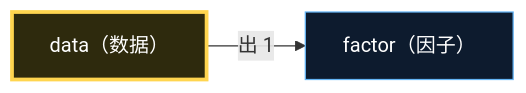
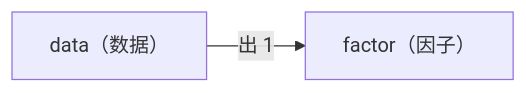
Before and after one commit to xuanFelixVan/ZephyrAlpha: the second of 2 diagrams in docs/02_enterprise_architecture/06_decision_architecture/06_decision_l2a_data.md, drawn with Mermaid. The commit also changed other lines of this file and 23 other files, not shown here.

First line of the commit message:
style(decision-diagram): 移除所有 mermaid classDef，照搬 application_flows.md 纯默认主题

````diff
--- a/docs/02_enterprise_architecture/06_decision_architecture/06_decision_l2a_data.md
+++ b/docs/02_enterprise_architecture/06_decision_architecture/06_decision_l2a_data.md
@@ -83,9 +77,6 @@
 ```mermaid
 flowchart LR
-    SELF["data（数据）"]:::selfDomain
-    EXT_factor["factor（因子）"]:::extDomain
+    SELF["data（数据）"]
+    EXT_factor["factor（因子）"]
     SELF -->|出 1| EXT_factor
-
-    classDef selfDomain fill:#2e2a0d,stroke:#ffd54f,stroke-width:3px,color:#fff
-    classDef extDomain fill:#0d1b2e,stroke:#64b5f6,stroke-width:1px,color:#fff
 ```
````
